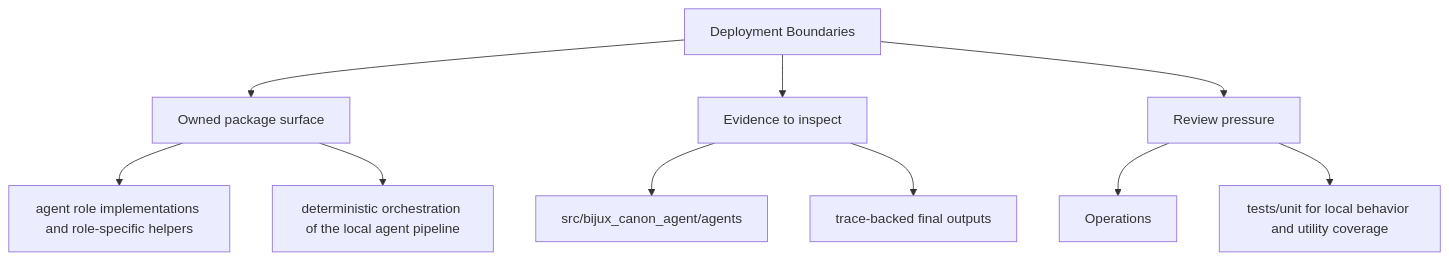
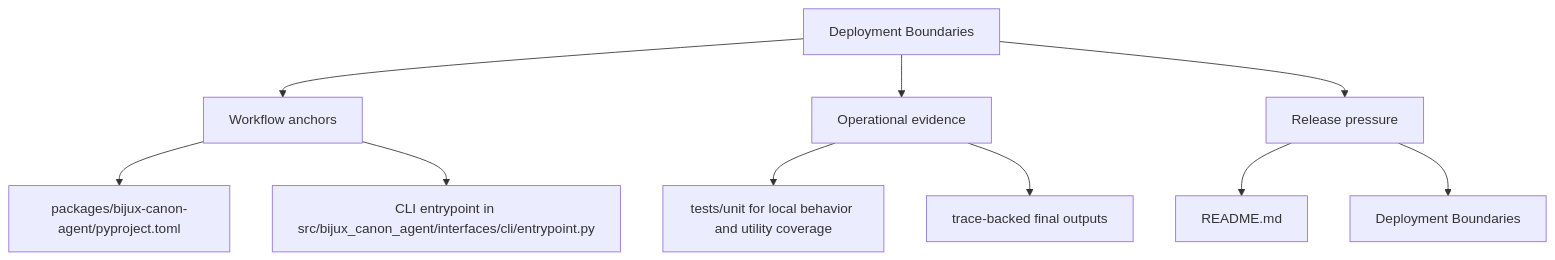
The second of 2 diagrams in docs/bijux-canon-agent/operations/deployment-boundaries.md (bijux/bijux-canon), drawn with Mermaid before and after one commit. The commit also changed other lines of this file and 250 other files, not shown here.

Commit message:
docs(diagrams): make product page maps more readable

````diff
--- a/docs/bijux-canon-agent/operations/deployment-boundaries.md
+++ b/docs/bijux-canon-agent/operations/deployment-boundaries.md
@@ -34,22 +34,22 @@
 ```mermaid
 flowchart TD
     page["Deployment Boundaries"]
-    focus1["Owned package surface"]
+    focus1["Workflow anchors"]
     page --> focus1
-    focus1_1["agent role implementations and role-specific helpers"]
+    focus1_1["packages/bijux-canon-agent/pyproject.toml"]
     focus1 --> focus1_1
-    focus1_2["deterministic orchestration of the local agent pipeline"]
+    focus1_2["CLI entrypoint in src/bijux_canon_agent/interfaces/cli/entrypoint.py"]
     focus1 --> focus1_2
-    focus2["Evidence to inspect"]
+    focus2["Operational evidence"]
     page --> focus2
-    focus2_1["src/bijux_canon_agent/agents"]
+    focus2_1["tests/unit for local behavior and utility coverage"]
     focus2 --> focus2_1
     focus2_2["trace-backed final outputs"]
     focus2 --> focus2_2
-    focus3["Review pressure"]
+    focus3["Release pressure"]
     page --> focus3
-    focus3_1["Operations"]
+    focus3_1["README.md"]
     focus3 --> focus3_1
-    focus3_2["tests/unit for local behavior and utility coverage"]
+    focus3_2["Deployment Boundaries"]
     focus3 --> focus3_2
 ```
````
